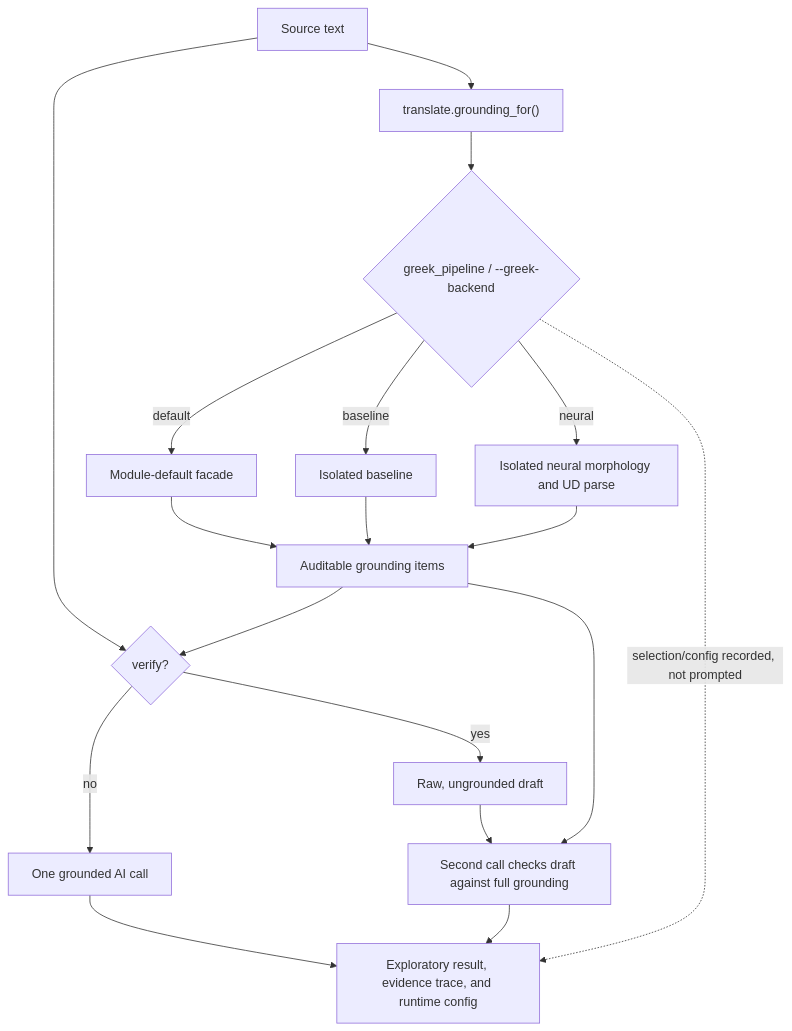
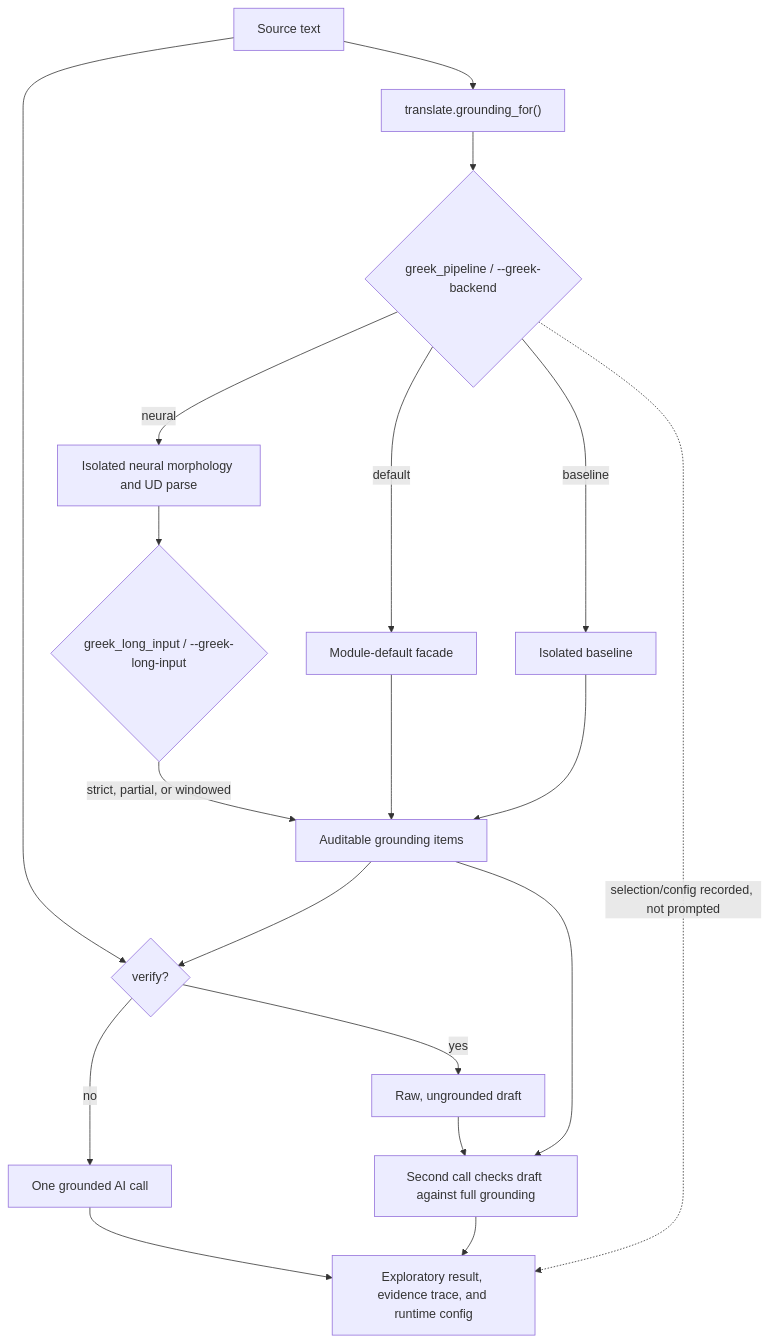
One commit to ryanpavlicek/pyaegean changed the diagram in wiki/Translation.md. Above: the diagram before and after it, drawn with Mermaid. The commit also changed other lines of this file and 40 other files, not shown here.

Commit message:
Add long-input, alignment, and CoNLL-U support

````diff
--- a/wiki/Translation.md
+++ b/wiki/Translation.md
@@ -128,20 +140,21 @@
 ```mermaid
 flowchart TD
     T["Source text"] --> G["translate.grounding_for()"]
     G --> Q{"greek_pipeline / --greek-backend"}
     Q -->|"default"| P["Module-default facade"]
     Q -->|"baseline"| B["Isolated baseline"]
     Q -->|"neural"| N["Isolated neural morphology and UD parse"]
+    N --> L{"greek_long_input / --greek-long-input"}
+    L -->|"strict, partial, or windowed"| E
     P --> E["Auditable grounding items"]
     B --> E
-    N --> E
     T --> V{"verify?"}
     E --> V
     V -->|"no"| O["One grounded AI call"]
     V -->|"yes"| D["Raw, ungrounded draft"]
     D --> C["Second call checks draft against full grounding"]
     E --> C
     O --> R["Exploratory result, evidence trace, and runtime config"]
     C --> R
     Q -. "selection/config recorded, not prompted" .-> R
 ```
````
